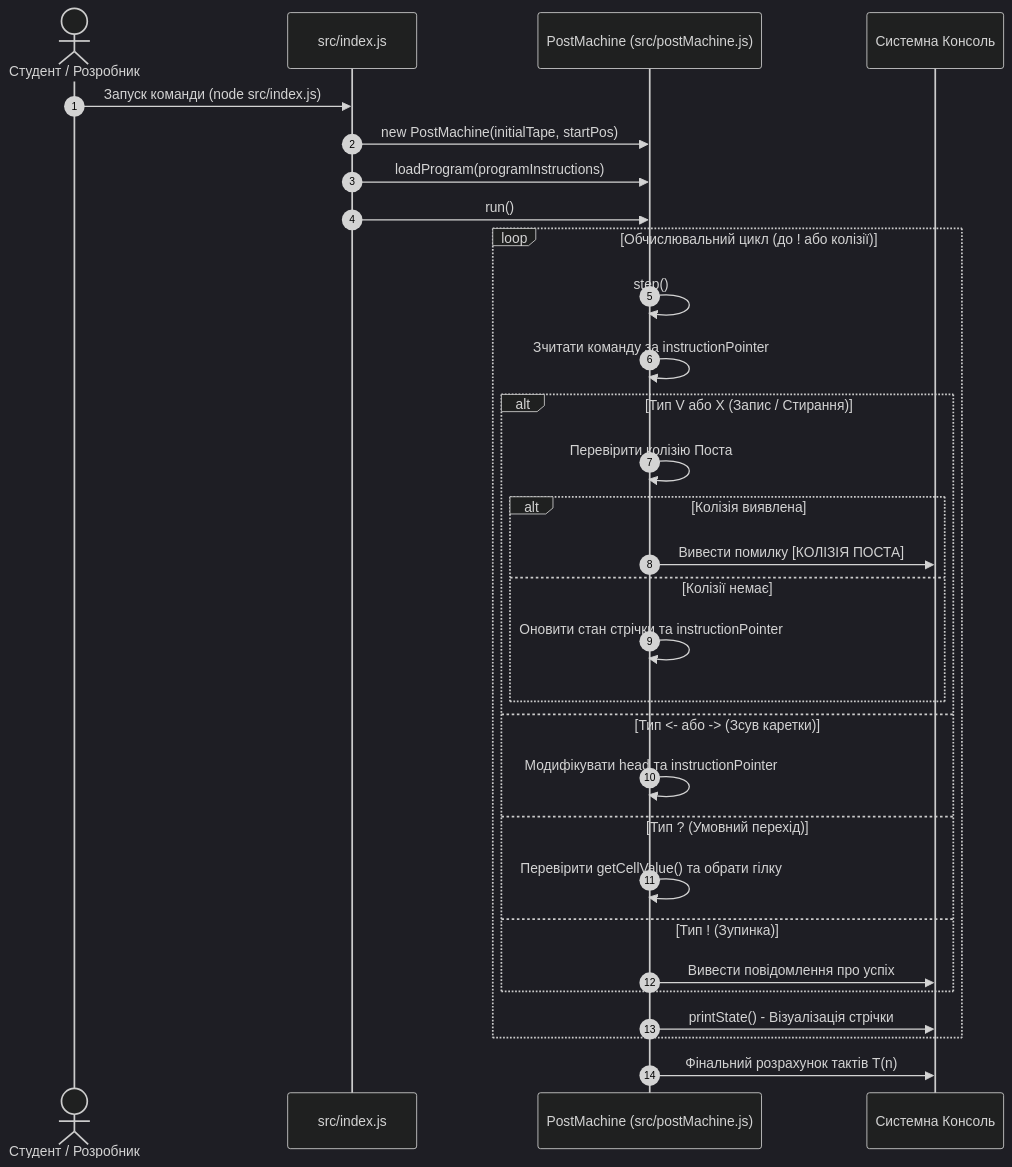
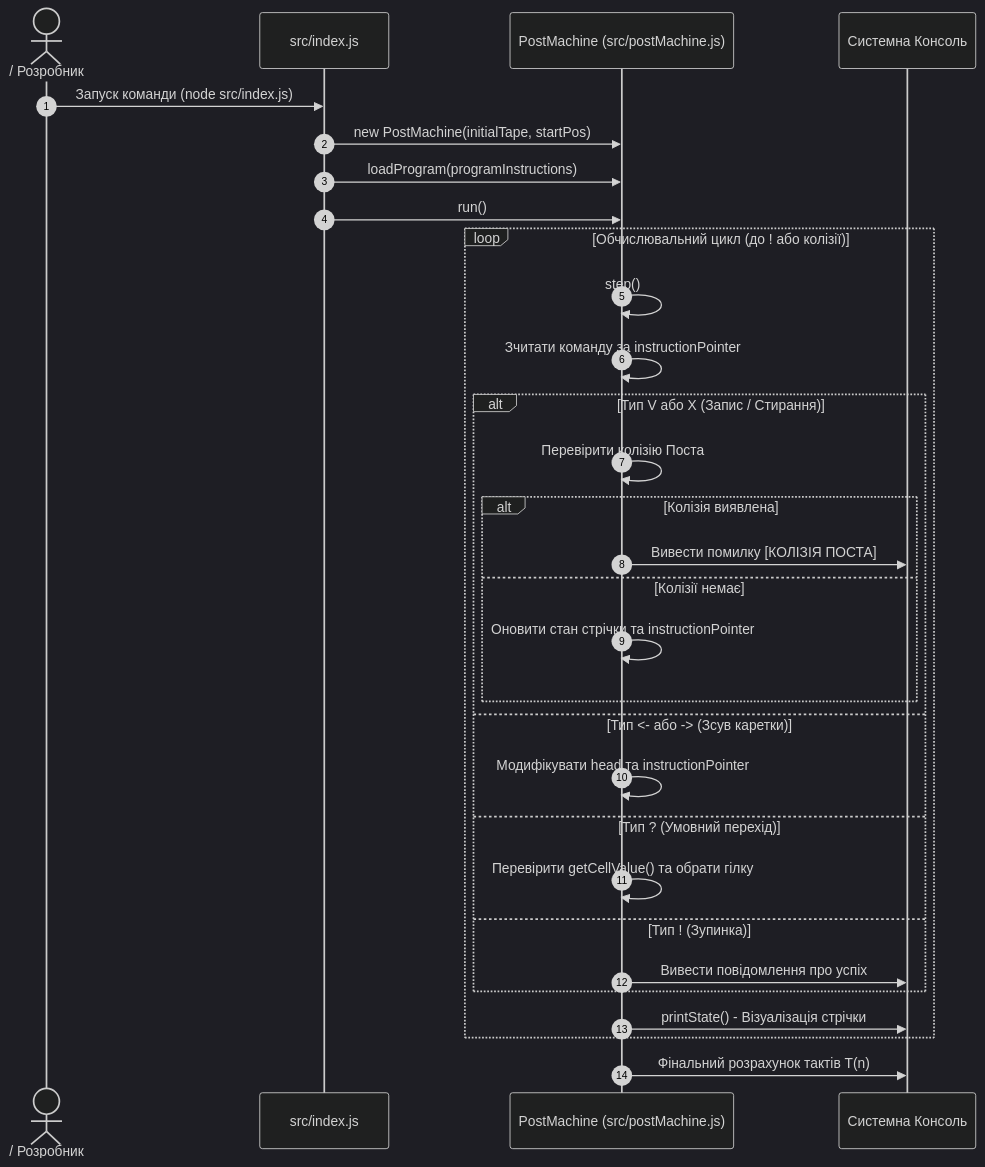
Before and after one commit to KyryloVadurin/cps-algorithms: the second of 2 diagrams in docs/labs/lab-1.md, drawn with Mermaid (dark theme). The commit also changed other lines of this file, not shown here.

````diff
--- a/docs/labs/lab-1.md
+++ b/docs/labs/lab-1.md
@@ -446,33 +440,33 @@
 ```mermaid
 sequenceDiagram
     autonumber
-    actor Student as Студент / Розробник
+    actor Student as  / Розробник
     participant Index as src/index.js
     participant PM as PostMachine (src/postMachine.js)
     participant Console as Системна Консоль
 
     Student->>Index: Запуск команди (node src/index.js)
     Index->>PM: new PostMachine(initialTape, startPos)
     Index->>PM: loadProgram(programInstructions)
     Index->>PM: run()
     loop Обчислювальний цикл (до ! або колізії)
         PM->>PM: step()
         PM->>PM: Зчитати команду за instructionPointer
         alt Тип V або X (Запис / Стирання)
             PM->>PM: Перевірити колізію Поста
             alt Колізія виявлена
                 PM->>Console: Вивести помилку [КОЛІЗІЯ ПОСТА]
             else Колізії немає
                 PM->>PM: Оновити стан стрічки та instructionPointer
             end
         else Тип <- або -> (Зсув каретки)
             PM->>PM: Модифікувати head та instructionPointer
         else Тип ? (Умовний перехід)
             PM->>PM: Перевірити getCellValue() та обрати гілку
         else Тип ! (Зупинка)
             PM->>Console: Вивести повідомлення про успіх
         end
         PM->>Console: printState() - Візуалізація стрічки
     end
     PM->>Console: Фінальний розрахунок тактів T(n)
 ```
````
